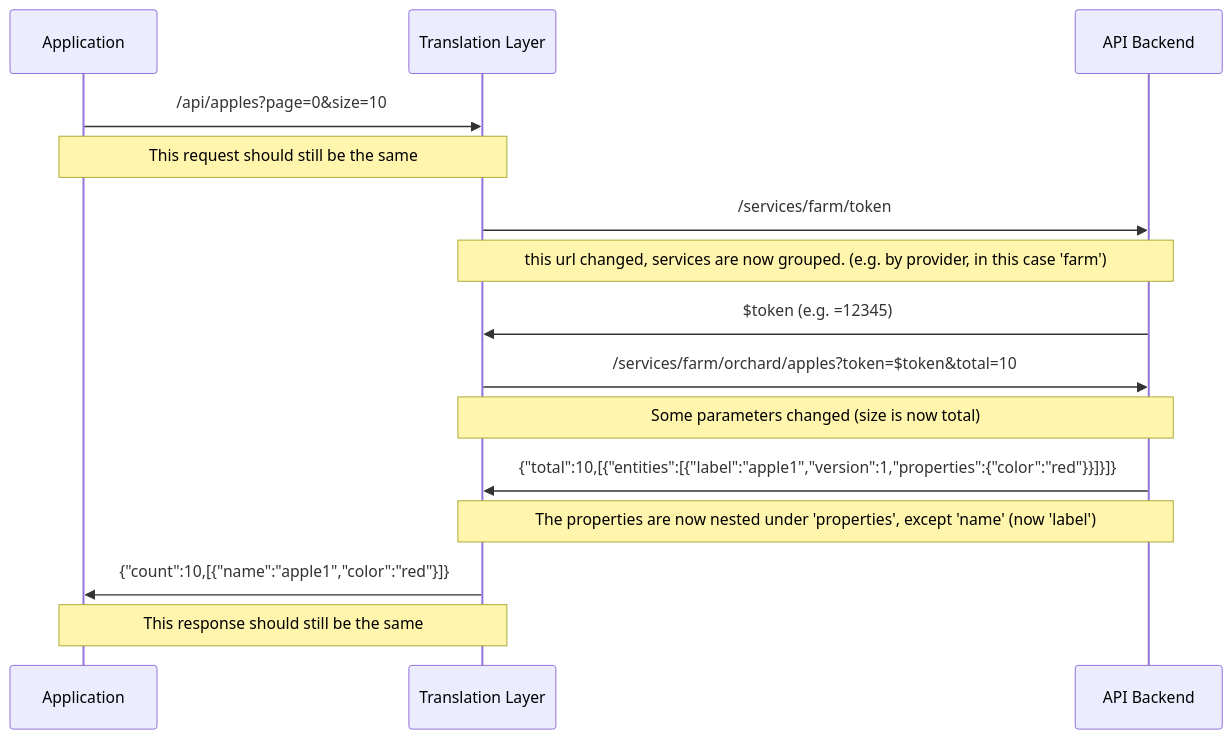
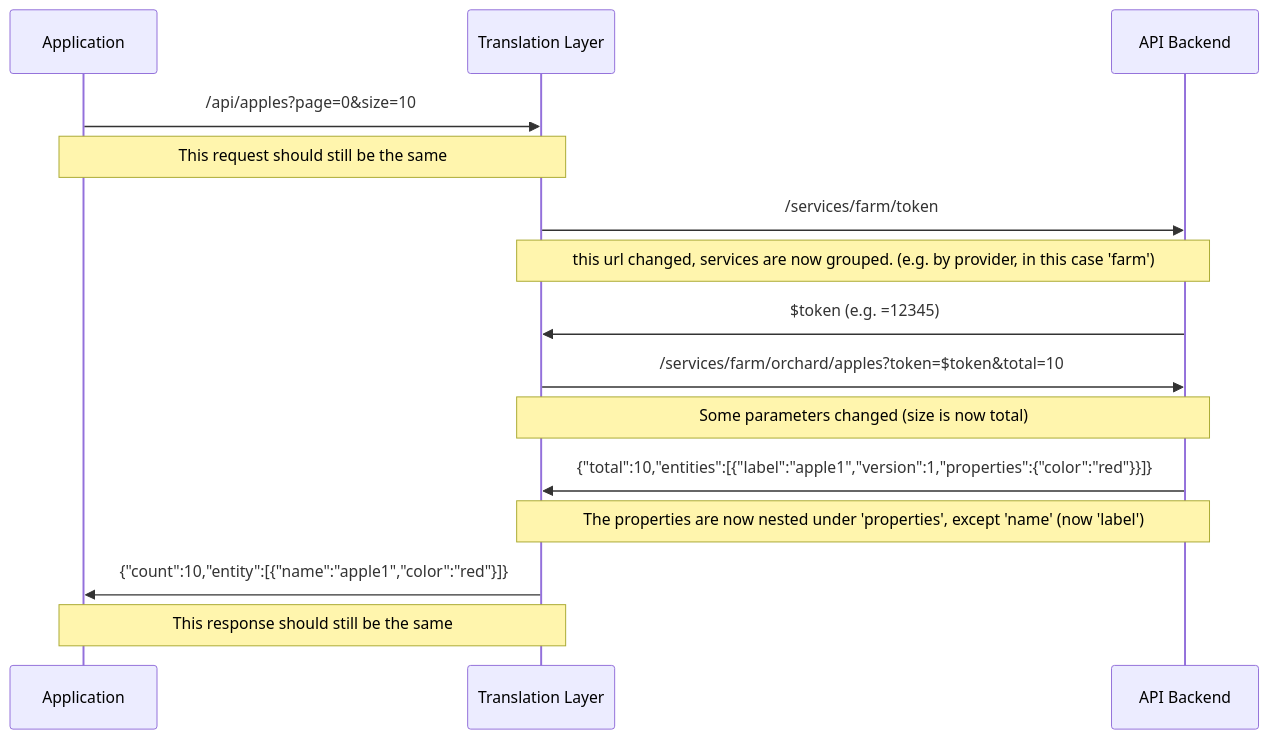
The second of 2 diagrams in README.md (alexp1917/api-migration-example), drawn with Mermaid before and after one commit. The commit also changed other lines of this file and 5 other files, not shown here.

Commit message:
fix diagram, entity/key-value pojo code

````diff
--- a/README.md
+++ b/README.md
@@ -25,17 +25,17 @@
 ```mermaid
 sequenceDiagram
     participant Application
     participant Translation Layer
     participant API Backend
     Application ->> Translation Layer: /api/apples?page=0&size=10
     Note over Application,Translation Layer: This request should still be the same
     Translation Layer ->> API Backend: /services/farm/token
     Note over API Backend,Translation Layer: this url changed, services are now grouped. (e.g. by provider, in this case 'farm')
     API Backend ->> Translation Layer: $token (e.g. =12345)
     Translation Layer ->> API Backend: /services/farm/orchard/apples?token=$token&total=10
     Note over API Backend,Translation Layer: Some parameters changed (size is now total)
-    API Backend ->> Translation Layer: {"total":10,[{"entities":[{"label":"apple1","version":1,"properties":{"color":"red"}}]}]}
+    API Backend ->> Translation Layer: {"total":10,"entities":[{"label":"apple1","version":1,"properties":{"color":"red"}}]}
     Note over API Backend,Translation Layer: The properties are now nested under 'properties', except 'name' (now 'label')
-    Translation Layer ->> Application: {"count":10,[{"name":"apple1","color":"red"}]}
+    Translation Layer ->> Application: {"count":10,"entity":[{"name":"apple1","color":"red"}]}
     Note over Translation Layer,Application: This response should still be the same
 ```
````
